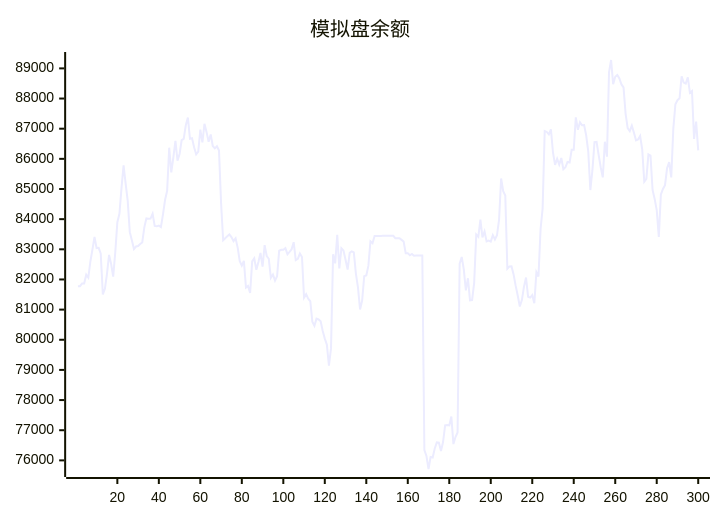
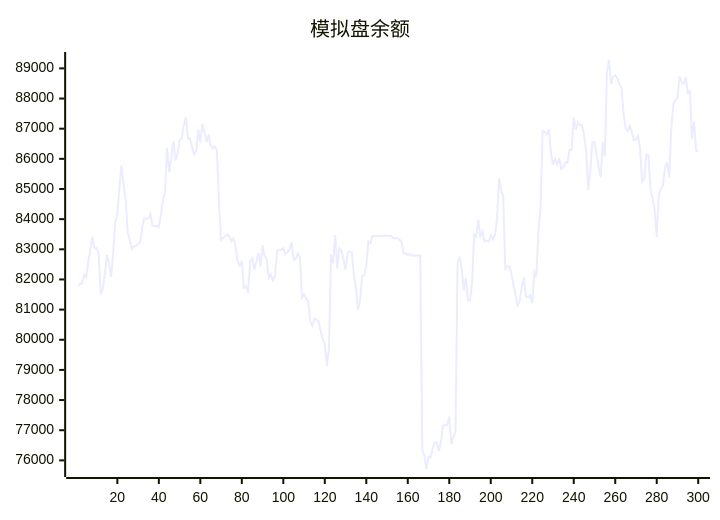
One commit to aahl/ai-trading changed the diagram in README.md. Above: the diagram before and after it, drawn with Mermaid. The commit also changed other lines of this file and 1 other file, not shown here.

````diff
--- a/README.md
+++ b/README.md
@@ -5,5 +5,5 @@
 ```mermaid
 xychart
     title "模拟盘余额"
-    line [81776,81776,81866,81866,82158,82061,82596,83000,83408,83041,83050,82858,81503,81691,82188,82812,82517,82092,82901,83898,84180,85030,85781,85178,84604,83569,83298,83008,83093,83107,83175,83228,83729,84025,84017,84019,84177,83775,83762,83785,83738,84160,84639,84939,86370,85548,86046,86599,85942,86161,86622,86664,87115,87369,86666,86685,86384,86152,86243,86969,86548,87164,86885,86566,86809,86427,86348,86417,86273,84538,83299,83369,83430,83490,83404,83270,83362,83056,82605,82459,82614,81734,81788,81551,82598,82702,82320,82580,82878,82426,83139,82778,82686,82056,82166,81963,82110,82951,82983,82984,83038,82838,82915,82998,83235,82642,82682,82858,82746,81396,81512,81362,81277,80600,80461,80699,80673,80616,80288,80038,79836,79142,79722,82837,82533,83480,82366,83032,82960,82654,82330,82883,82934,82901,82188,81728,81005,81298,82110,82135,82449,83264,83203,83440,83439,83440,83440,83446,83447,83448,83447,83448,83449,83369,83369,83369,83313,83256,82872,82873,82801,82844,82785,82791,82791,82793,82794,76339,76145,75714,76110,76096,76397,76594,76585,76310,76607,77160,77170,77160,77456,76541,76774,76927,82520,82744,82337,81639,82040,81307,81314,81887,83490,83414,83984,83396,83594,83261,83287,83253,83470,83327,83465,83987,85348,84930,84786,82355,82433,82438,82167,81795,81466,81105,81315,81756,82064,81426,81398,81481,81210,82242,82099,83658,84359,86925,86892,86814,86980,86203,85802,86003,85811,86028,85657,85721,85896,85880,86300,86299,87378,86965,87214,87115,87118,86780,86238,84966,85623,86555,86562,86129,85722,85387,86569,86070,88870,89278,88477,88720,88781,88668,88467,88372,87493,87018,86917,87102,86870,86613,86644,86758,86317,85242,85334,86149,86106,84968,84671,84302,83410,84816,85001,85127,85693,85891,85384,87001,87811,87945,88007,88734,88528,88495,88705,88189,88248,86662,87234,86279]
+    line [81776,81866,81866,82158,82061,82596,83000,83408,83041,83050,82858,81503,81691,82188,82812,82517,82092,82901,83898,84180,85030,85781,85178,84604,83569,83298,83008,83093,83107,83175,83228,83729,84025,84017,84019,84177,83775,83762,83785,83738,84160,84639,84939,86370,85548,86046,86599,85942,86161,86622,86664,87115,87369,86666,86685,86384,86152,86243,86969,86548,87164,86885,86566,86809,86427,86348,86417,86273,84538,83299,83369,83430,83490,83404,83270,83362,83056,82605,82459,82614,81734,81788,81551,82598,82702,82320,82580,82878,82426,83139,82778,82686,82056,82166,81963,82110,82951,82983,82984,83038,82838,82915,82998,83235,82642,82682,82858,82746,81396,81512,81362,81277,80600,80461,80699,80673,80616,80288,80038,79836,79142,79722,82837,82533,83480,82366,83032,82960,82654,82330,82883,82934,82901,82188,81728,81005,81298,82110,82135,82449,83264,83203,83440,83439,83440,83440,83446,83447,83448,83447,83448,83449,83369,83369,83369,83313,83256,82872,82873,82801,82844,82785,82791,82791,82793,82794,76339,76145,75714,76110,76096,76397,76594,76585,76310,76607,77160,77170,77160,77456,76541,76774,76927,82520,82744,82337,81639,82040,81307,81314,81887,83490,83414,83984,83396,83594,83261,83287,83253,83470,83327,83465,83987,85348,84930,84786,82355,82433,82438,82167,81795,81466,81105,81315,81756,82064,81426,81398,81481,81210,82242,82099,83658,84359,86925,86892,86814,86980,86203,85802,86003,85811,86028,85657,85721,85896,85880,86300,86299,87378,86965,87214,87115,87118,86780,86238,84966,85623,86555,86562,86129,85722,85387,86569,86070,88870,89278,88477,88720,88781,88668,88467,88372,87493,87018,86917,87102,86870,86613,86644,86758,86317,85242,85334,86149,86106,84968,84671,84302,83410,84816,85001,85127,85693,85891,85384,87001,87811,87945,88007,88734,88528,88495,88705,88189,88248,86662,87234,86279,86251]
 ```
````
